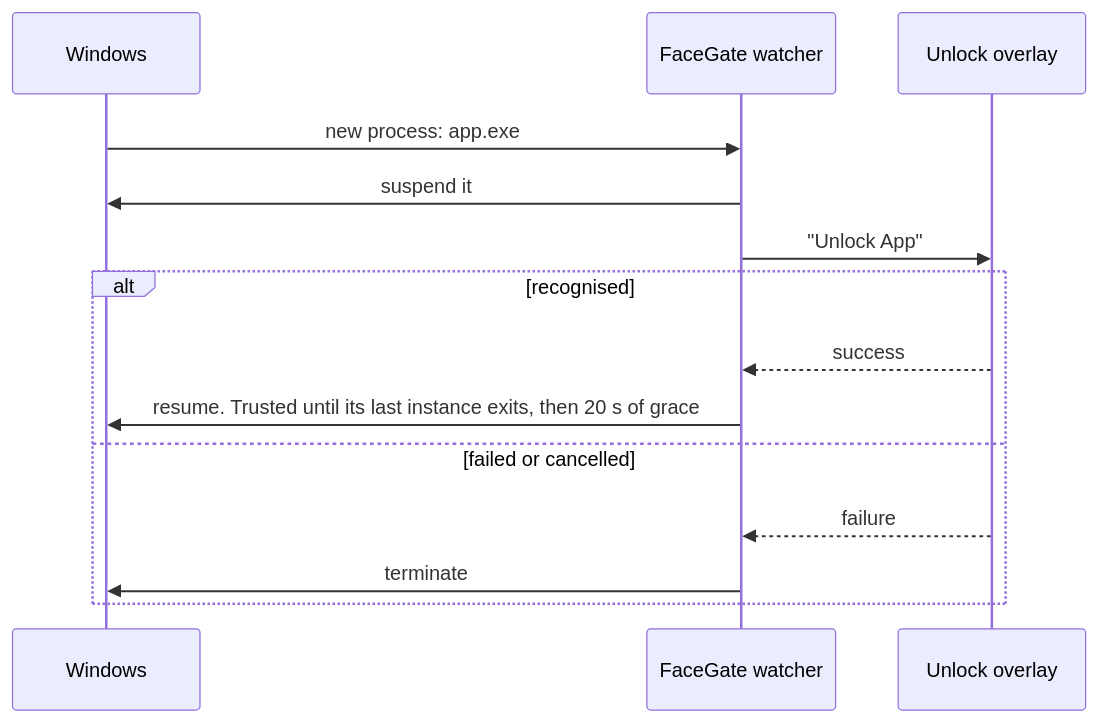
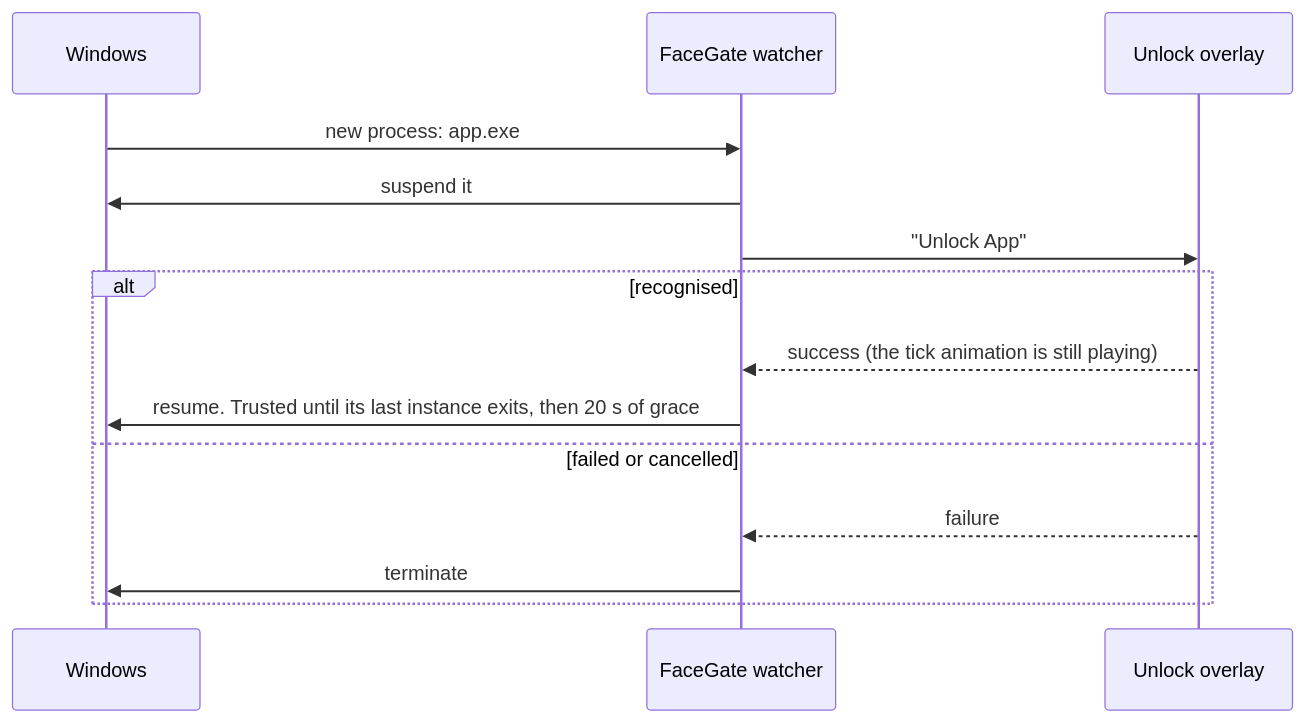
One commit to DeveshR011/facegate changed the sixth of 9 diagrams in README.md. Above: the diagram before and after it, drawn with Mermaid. The commit also changed other lines of this file and 24 other files, not shown here.

````diff
--- a/README.md
+++ b/README.md
@@ -254,16 +302,16 @@
 ```mermaid
 sequenceDiagram
     participant W as Windows
     participant G as FaceGate watcher
     participant O as Unlock overlay
     W->>G: new process: app.exe
     G->>W: suspend it
     G->>O: "Unlock App"
     alt recognised
-        O-->>G: success
+        O-->>G: success (the tick animation is still playing)
         G->>W: resume. Trusted until its last instance exits, then 20 s of grace
     else failed or cancelled
         O-->>G: failure
         G->>W: terminate
     end
 ```
````
